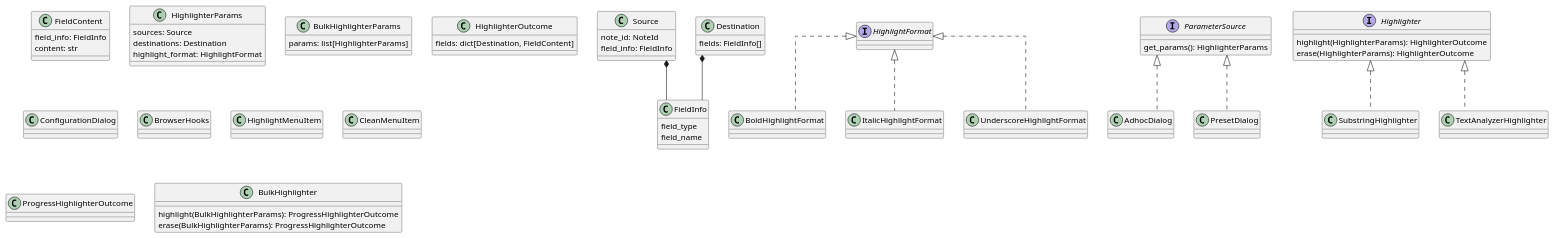
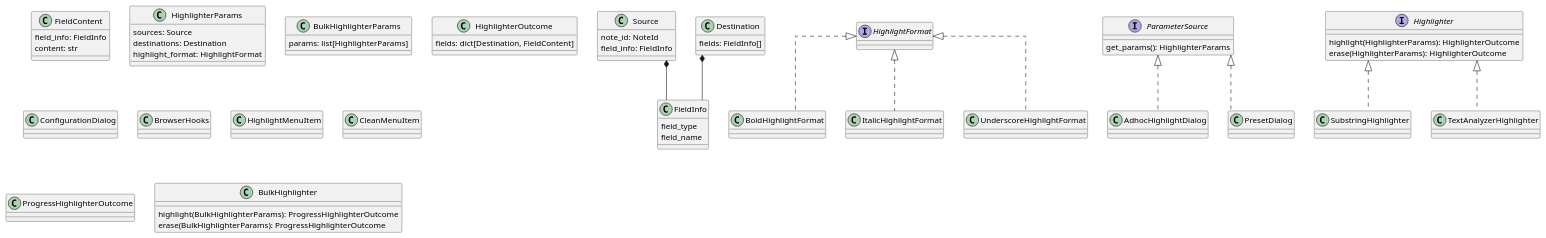
The diagram in docs-template/uml/architecture.puml (Aleks-Ya/cross-field-highlighter-anki-addon), drawn with PlantUML before and after one commit. The commit also changed 2 other files, not shown here.

Commit message:
Rename AdhocDialog to AdhocHighlightDialog

```diff
--- a/docs-template/uml/architecture.puml
+++ b/docs-template/uml/architecture.puml
@@ -1,70 +1,70 @@
 @startuml
 'https://plantuml.com/class-diagram
 skinparam linetype ortho
 
 class FieldInfo {
     field_type
     field_name
 }
 class FieldContent {
     field_info: FieldInfo
     content: str
 }
 class Source {
     note_id: NoteId
     field_info: FieldInfo
 }
 class Destination {
     fields: FieldInfo[]
 }
 interface HighlightFormat
 class BoldHighlightFormat
 class ItalicHighlightFormat
 class UnderscoreHighlightFormat
 class HighlighterParams {
     sources: Source
     destinations: Destination
     highlight_format: HighlightFormat
 }
 class BulkHighlighterParams {
     params: list[HighlighterParams]
 }
 class HighlighterOutcome {
     fields: dict[Destination, FieldContent]
 }
 interface ParameterSource {
     get_params(): HighlighterParams
 }
-class AdhocDialog
+class AdhocHighlightDialog
 class PresetDialog
 class ConfigurationDialog
 interface Highlighter {
     highlight(HighlighterParams): HighlighterOutcome
     erase(HighlighterParams): HighlighterOutcome
 }
 class SubstringHighlighter
 class TextAnalyzerHighlighter
 class BrowserHooks
 class HighlightMenuItem
 class CleanMenuItem
 class ProgressHighlighterOutcome
 class BulkHighlighter {
     highlight(BulkHighlighterParams): ProgressHighlighterOutcome
     erase(BulkHighlighterParams): ProgressHighlighterOutcome
 }
 
 HighlightFormat <|.. BoldHighlightFormat
 HighlightFormat <|.. ItalicHighlightFormat
 HighlightFormat <|.. UnderscoreHighlightFormat
 
 Highlighter <|.. SubstringHighlighter
 Highlighter <|.. TextAnalyzerHighlighter
 
-ParameterSource <|.. AdhocDialog
+ParameterSource <|.. AdhocHighlightDialog
 ParameterSource <|.. PresetDialog
 
 Destination *-- FieldInfo
 Source *-- FieldInfo
 
 
 @enduml
```
